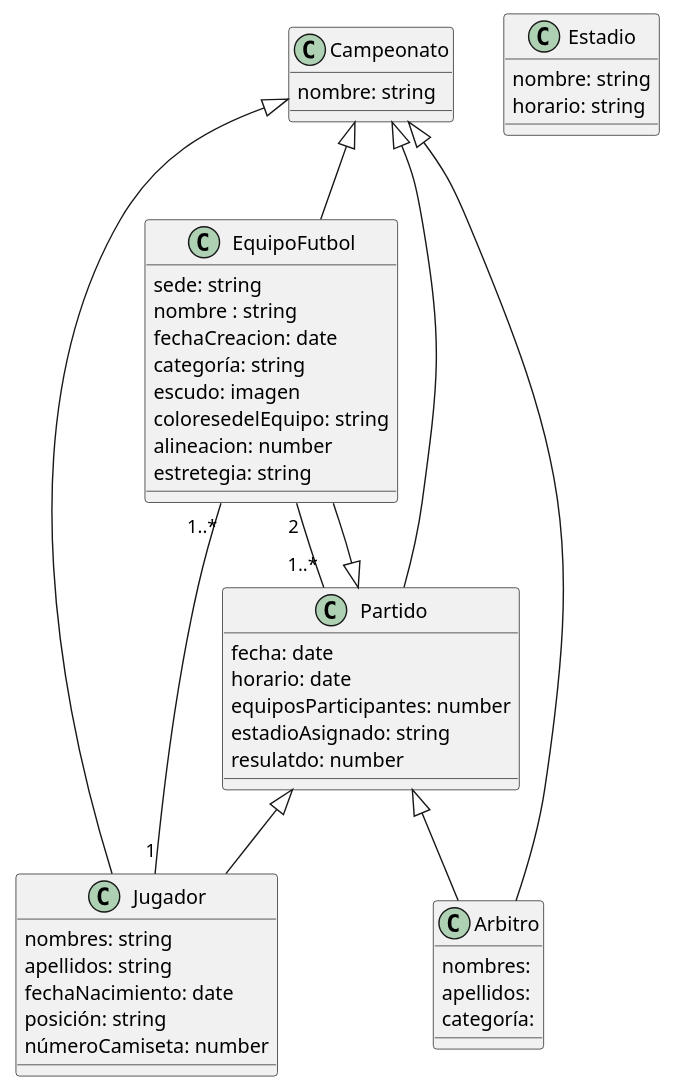
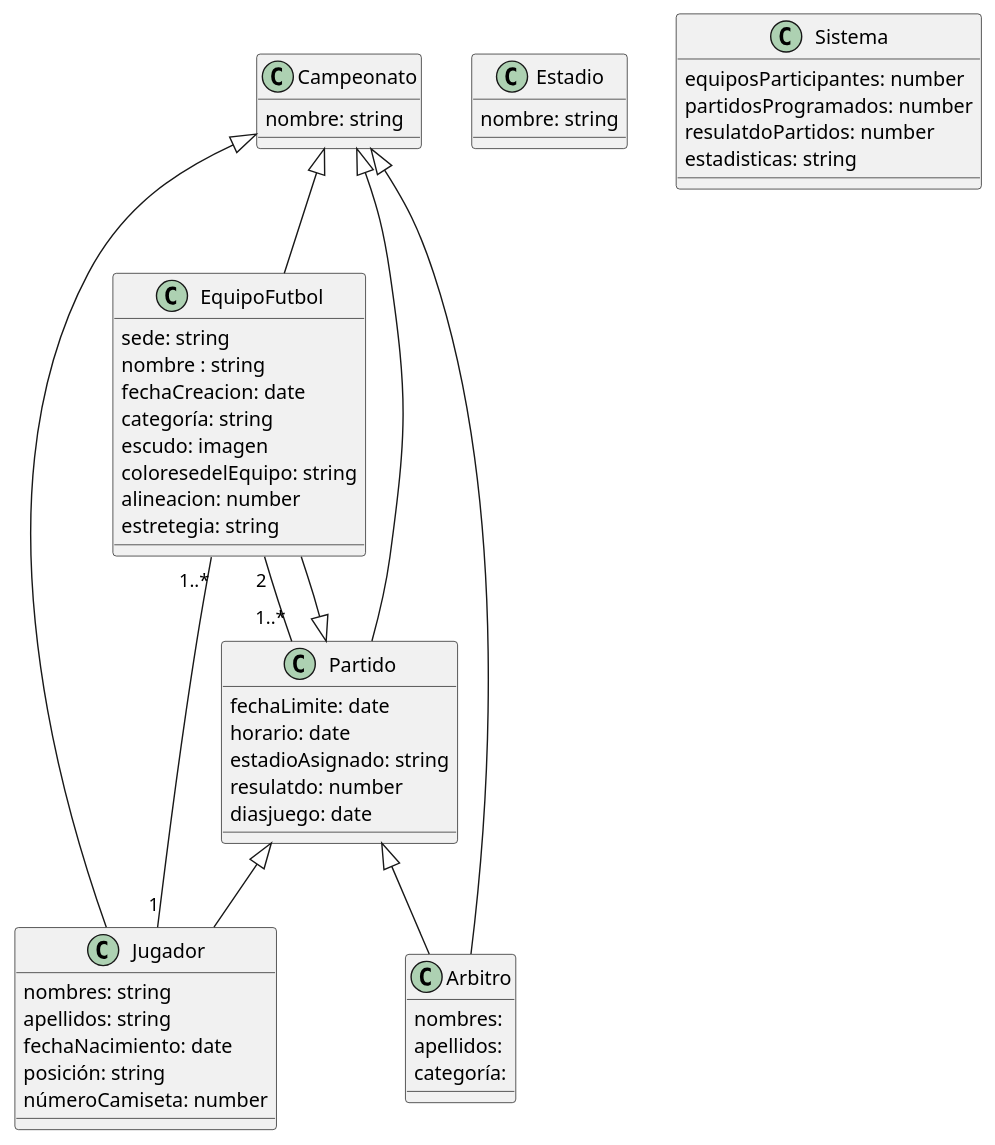
One commit to GabrielCarriel1/GestionCampeonato changed the diagram in SistemaCampeonatoFutbol/Plantilla-uml/Sistema-campeonato.puml. Above: the diagram before and after it, drawn with PlantUML. The commit also changed 2 other files, not shown here.

```diff
--- a/SistemaCampeonatoFutbol/Plantilla-uml/Sistema-campeonato.puml
+++ b/SistemaCampeonatoFutbol/Plantilla-uml/Sistema-campeonato.puml
@@ -1,61 +1,67 @@
 @startuml sistema de gestion campeonato de fútbol
 
+
 class Campeonato {
-nombre: string 
+nombre: string
+
 }
 
 class EquipoFutbol {
 sede: string
 nombre : string
 fechaCreacion: date
 categoría: string
 escudo: imagen
 coloresedelEquipo: string
 alineacion: number
 estretegia: string
 }
 class Estadio {
 nombre: string
-horario: string
-
 }
 
  class Jugador {
 nombres: string
 apellidos: string
 fechaNacimiento: date
 posición: string
 númeroCamiseta: number 
 }
 
 class  Arbitro {
 nombres:
 apellidos:
 categoría:
 
 }
 
 class Partido  {
-fecha: date 
+fechaLimite: date 
 horario: date
-equiposParticipantes: number
 estadioAsignado: string
 resulatdo: number
+diasjuego: date 
+}
+class Sistema {
+equiposParticipantes: number 
+partidosProgramados: number
+resulatdoPartidos: number
+estadisticas: string
+}
 
-}
 
 Campeonato <|-- EquipoFutbol
 Campeonato <|-- Jugador
 Campeonato <|-- Arbitro
 Campeonato <|-- Partido
 
 Partido <|-- EquipoFutbol
 Partido <|-- Arbitro
 Partido <|-- Jugador
 
 Jugador "1" -- "1..*" EquipoFutbol
 EquipoFutbol "2" -- "1..*" Partido
 
 
 
 @enduml
```
